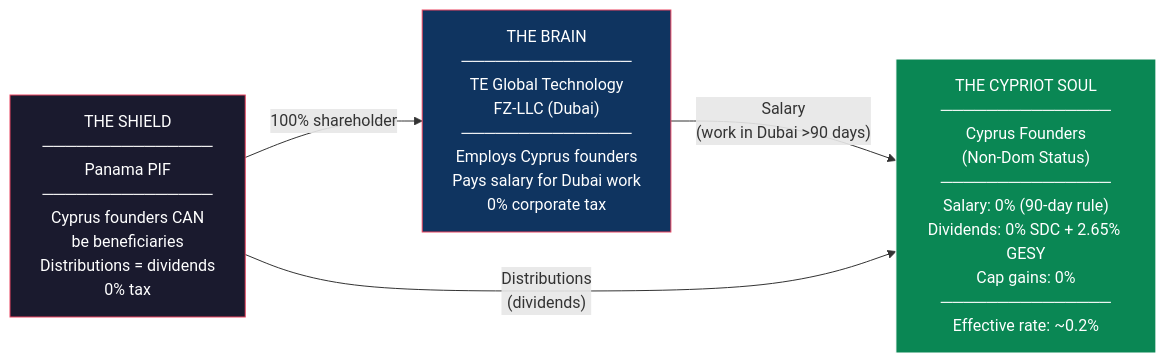
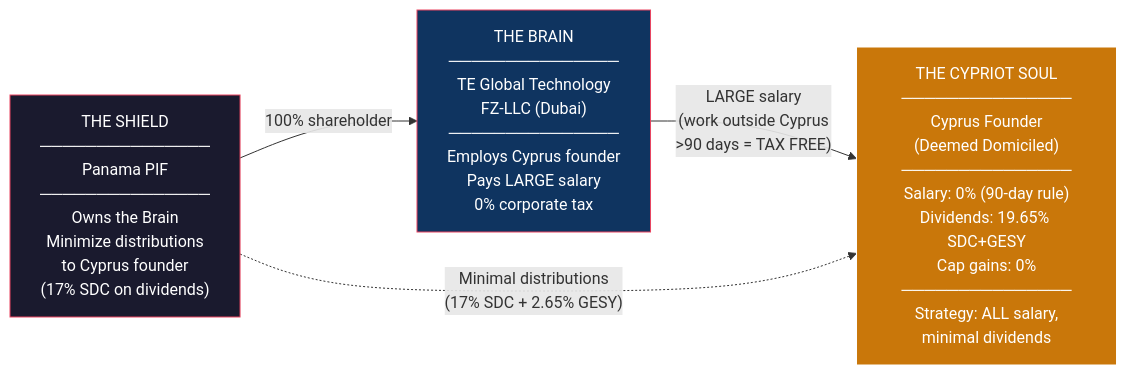
One commit to Light-Brands/epic-center changed the first of 5 diagrams in docs/strategy/CYPRUS_FOUNDER_INTEGRATION.md. Above: the diagram before and after it, drawn with Mermaid. The commit also changed other lines of this file and 2 other files, not shown here.

First line of the commit message:
Rewrite Cyprus strategy for domiciled resident, preserve non-dom reference

````diff
--- a/docs/strategy/CYPRUS_FOUNDER_INTEGRATION.md
+++ b/docs/strategy/CYPRUS_FOUNDER_INTEGRATION.md
@@ -13,16 +19,16 @@
 ```mermaid
 graph LR
-    BRAIN["THE BRAIN<br/>───────────────<br/>TE Global Technology<br/>FZ-LLC (Dubai)<br/>───────────────<br/>Employs Cyprus founders<br/>Pays salary for Dubai work<br/>0% corporate tax"]
+    BRAIN["THE BRAIN<br/>───────────────<br/>TE Global Technology<br/>FZ-LLC (Dubai)<br/>───────────────<br/>Employs Cyprus founder<br/>Pays LARGE salary<br/>0% corporate tax"]
 
-    SHIELD["THE SHIELD<br/>───────────────<br/>Panama PIF<br/>───────────────<br/>Cyprus founders CAN<br/>be beneficiaries<br/>Distributions = dividends<br/>0% tax"]
+    SHIELD["THE SHIELD<br/>───────────────<br/>Panama PIF<br/>───────────────<br/>Owns the Brain<br/>Minimize distributions<br/>to Cyprus founder<br/>(17% SDC on dividends)"]
 
-    CYPRUS["THE CYPRIOT SOUL<br/>───────────────<br/>Cyprus Founders<br/>(Non-Dom Status)<br/>───────────────<br/>Salary: 0% (90-day rule)<br/>Dividends: 0% SDC + 2.65% GESY<br/>Cap gains: 0%<br/>───────────────<br/>Effective rate: ~0.2%"]
+    CYPRUS["THE CYPRIOT SOUL<br/>───────────────<br/>Cyprus Founder<br/>(Deemed Domiciled)<br/>───────────────<br/>Salary: 0% (90-day rule)<br/>Dividends: 19.65% SDC+GESY<br/>Cap gains: 0%<br/>───────────────<br/>Strategy: ALL salary,<br/>minimal dividends"]
 
     SHIELD -->|"100% shareholder"| BRAIN
-    BRAIN -->|"Salary<br/>(work in Dubai >90 days)"| CYPRUS
-    SHIELD -->|"Distributions<br/>(dividends)"| CYPRUS
+    BRAIN -->|"LARGE salary<br/>(work outside Cyprus<br/>>90 days = TAX FREE)"| CYPRUS
+    SHIELD -.->|"Minimal distributions<br/>(17% SDC + 2.65% GESY)"| CYPRUS
 
     style BRAIN fill:#0f3460,stroke:#e94560,color:#fff
     style SHIELD fill:#1a1a2e,stroke:#e94560,color:#fff
-    style CYPRUS fill:#0a8754,stroke:#fff,color:#fff
+    style CYPRUS fill:#c9770a,stroke:#fff,color:#fff
 ```
````
